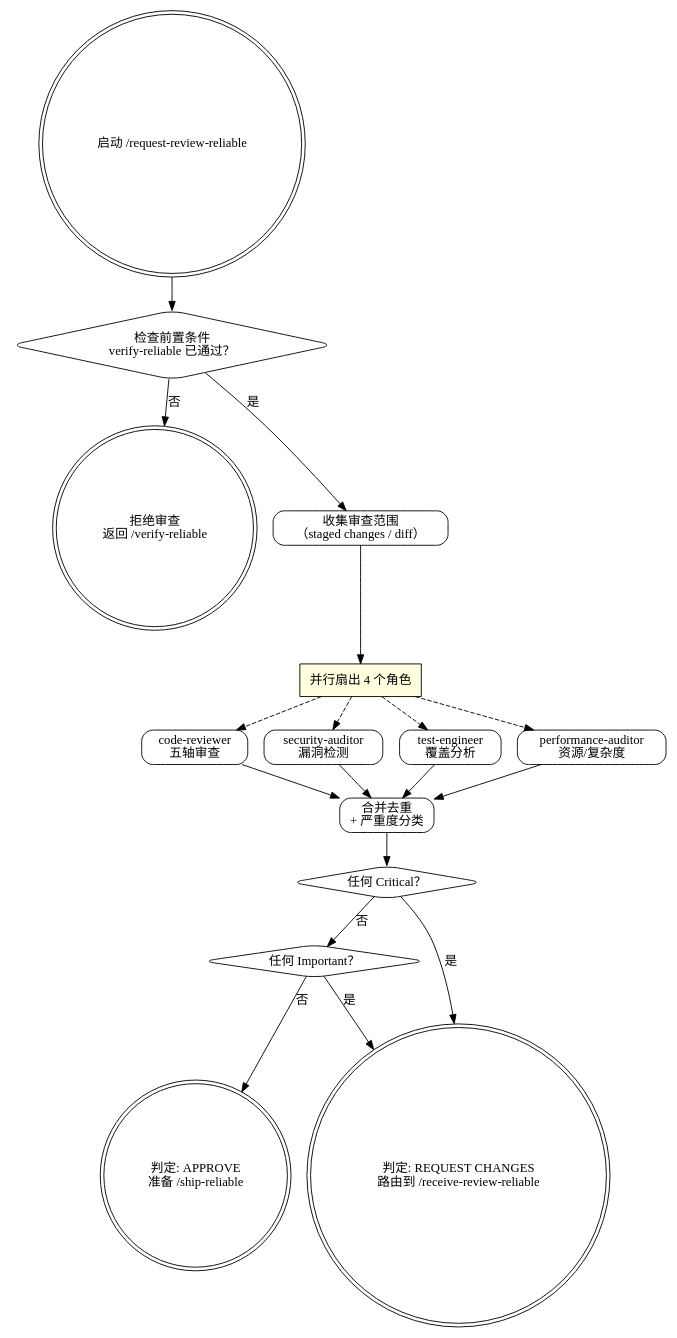
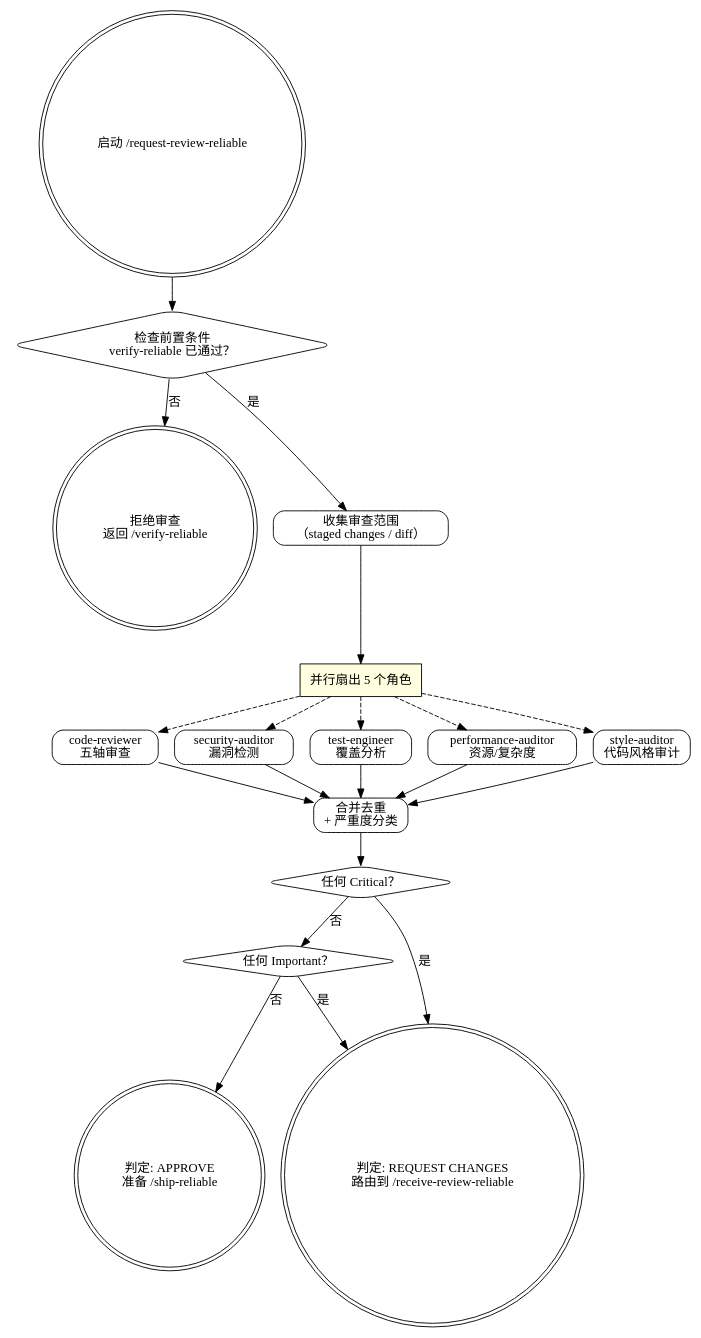
Before and after one commit to sueichen/reliable-agent: the diagram in skills/reliable-request-review/SKILL.md, drawn with Graphviz. The commit also changed other lines of this file and 35 other files, not shown here.

````diff
--- a/skills/reliable-request-review/SKILL.md
+++ b/skills/reliable-request-review/SKILL.md
@@ -26,39 +26,42 @@
 ```dot
 digraph reliable_request_review {
     rankdir=TB;
     node [shape=box, style=rounded];
 
     start [label="启动 /request-review-reliable", shape=doublecircle];
     preflight [label="检查前置条件\nverify-reliable 已通过？", shape=diamond];
     reject [label="拒绝审查\n返回 /verify-reliable", shape=doublecircle];
     scope [label="收集审查范围\n（staged changes / diff）"];
-    parallel [label="并行扇出 4 个角色", shape=box style=filled fillcolor=lightyellow];
+    parallel [label="并行扇出 5 个角色", shape=box style=filled fillcolor=lightyellow];
     reviewer [label="code-reviewer\n五轴审查", shape=box];
     security [label="security-auditor\n漏洞检测", shape=box];
     test_eng [label="test-engineer\n覆盖分析", shape=box];
     perf [label="performance-auditor\n资源/复杂度", shape=box];
+    style [label="style-auditor\n代码风格审计", shape=box];
     merge [label="合并去重\n+ 严重度分类"];
     any_critical [label="任何 Critical？", shape=diamond];
     any_important [label="任何 Important？", shape=diamond];
     verdict_changes [label="判定: REQUEST CHANGES\n路由到 /receive-review-reliable", shape=doublecircle];
     verdict_approve [label="判定: APPROVE\n准备 /ship-reliable", shape=doublecircle];
 
     start -> preflight;
     preflight -> reject [label="否"];
     preflight -> scope [label="是"];
     scope -> parallel;
     parallel -> reviewer [style=dashed];
     parallel -> security [style=dashed];
     parallel -> test_eng [style=dashed];
     parallel -> perf [style=dashed];
+    parallel -> style [style=dashed];
     reviewer -> merge;
     security -> merge;
     test_eng -> merge;
     perf -> merge;
+    style -> merge;
     merge -> any_critical;
     any_critical -> verdict_changes [label="是"];
     any_critical -> any_important [label="否"];
     any_important -> verdict_changes [label="是"];
     any_important -> verdict_approve [label="否"];
 }
 ```
````
